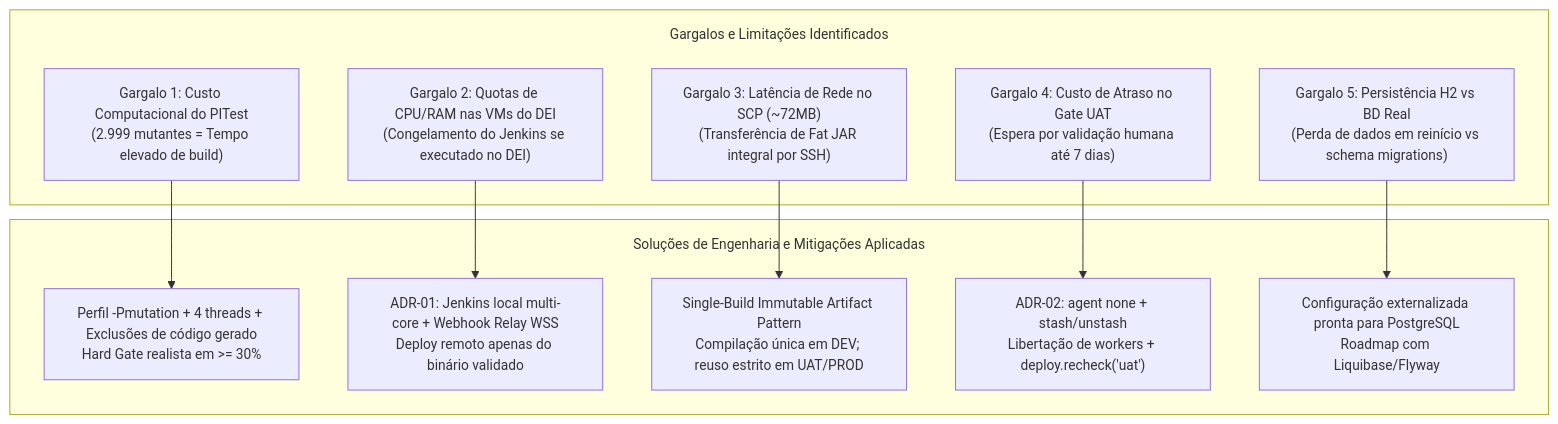
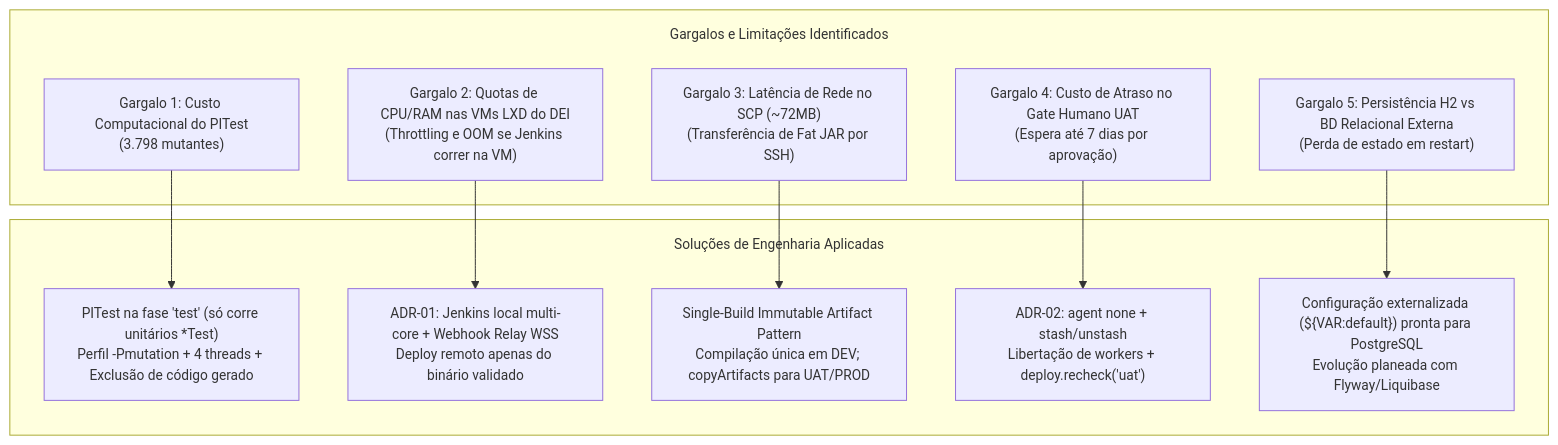
One commit to RafaelBrandao04/psoft-project-2026-1 changed the second of 2 diagrams in Docs/ODSOFT/process-evaluation/process-evaluation-and-improvement.md. Above: the diagram before and after it, drawn with Mermaid. The commit also changed other lines of this file and 11 other files, not shown here.

````diff
--- a/Docs/ODSOFT/process-evaluation/process-evaluation-and-improvement.md
+++ b/Docs/ODSOFT/process-evaluation/process-evaluation-and-improvement.md
@@ -248,25 +106,25 @@
 ```mermaid
 %%{init: {'themeVariables': { 'fontSize': '14px' }, 'flowchart': { 'subGraphTitleMargin': { 'top': 15, 'bottom': 20 } } } }%%
 flowchart TD
     subgraph Bottlenecks["Gargalos e Limitações Identificados"]
-        B1["Gargalo 1: Custo Computacional do PITest<br/>(2.999 mutantes = Tempo elevado de build)"]
-        B2["Gargalo 2: Quotas de CPU/RAM nas VMs do DEI<br/>(Congelamento do Jenkins se executado no DEI)"]
-        B3["Gargalo 3: Latência de Rede no SCP (~72MB)<br/>(Transferência de Fat JAR integral por SSH)"]
-        B4["Gargalo 4: Custo de Atraso no Gate UAT<br/>(Espera por validação humana até 7 dias)"]
-        B5["Gargalo 5: Persistência H2 vs BD Real<br/>(Perda de dados em reinício vs schema migrations)"]
+        B1["Gargalo 1: Custo Computacional do PITest<br/>(3.798 mutantes)"]
+        B2["Gargalo 2: Quotas de CPU/RAM nas VMs LXD do DEI<br/>(Throttling e OOM se Jenkins correr na VM)"]
+        B3["Gargalo 3: Latência de Rede no SCP (~72MB)<br/>(Transferência de Fat JAR por SSH)"]
+        B4["Gargalo 4: Custo de Atraso no Gate Humano UAT<br/>(Espera até 7 dias por aprovação)"]
+        B5["Gargalo 5: Persistência H2 vs BD Relacional Externa<br/>(Perda de estado em restart)"]
     end
 
-    subgraph Mitigations["Soluções de Engenharia e Mitigações Aplicadas"]
-        M1["Perfil -Pmutation + 4 threads + Exclusões de código gerado<br/>Hard Gate realista em >= 30%"]
+    subgraph Mitigations["Soluções de Engenharia Aplicadas"]
+        M1["PITest na fase 'test' (só corre unitários *Test)<br/>Perfil -Pmutation + 4 threads + Exclusão de código gerado"]
         M2["ADR-01: Jenkins local multi-core + Webhook Relay WSS<br/>Deploy remoto apenas do binário validado"]
-        M3["Single-Build Immutable Artifact Pattern<br/>Compilação única em DEV; reuso estrito em UAT/PROD"]
+        M3["Single-Build Immutable Artifact Pattern<br/>Compilação única em DEV; copyArtifacts para UAT/PROD"]
         M4["ADR-02: agent none + stash/unstash<br/>Libertação de workers + deploy.recheck('uat')"]
-        M5["Configuração externalizada pronta para PostgreSQL<br/>Roadmap com Liquibase/Flyway"]
+        M5["Configuração externalizada (${VAR:default}) pronta para PostgreSQL<br/>Evolução planeada com Flyway/Liquibase"]
     end
 
     B1 --> M1
     B2 --> M2
     B3 --> M3
     B4 --> M4
     B5 --> M5
 ```
````
